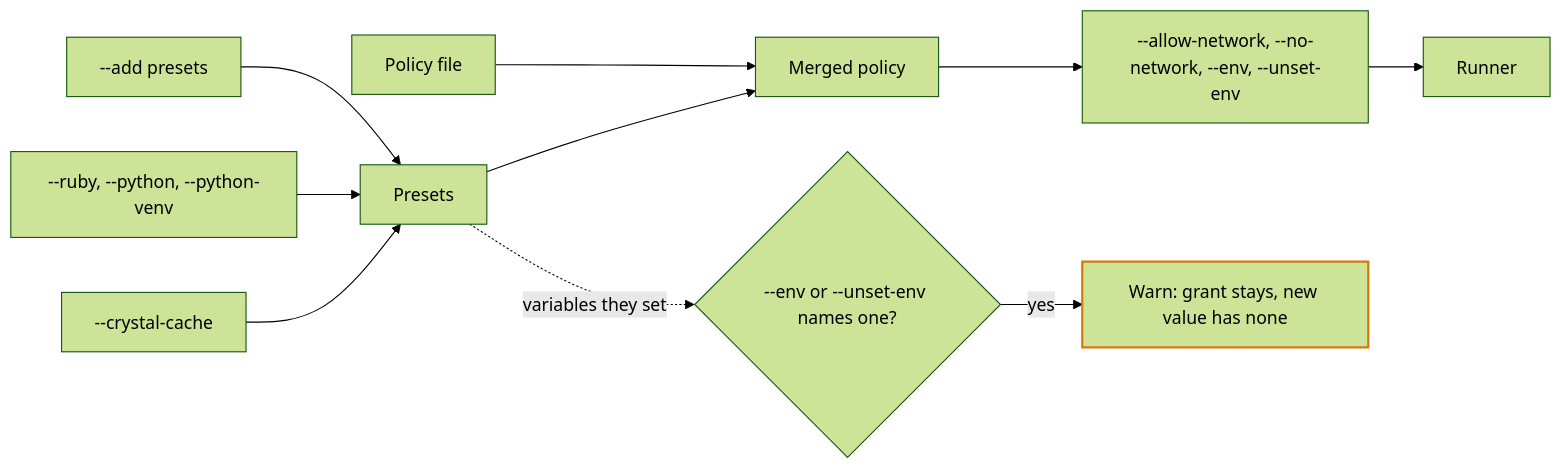
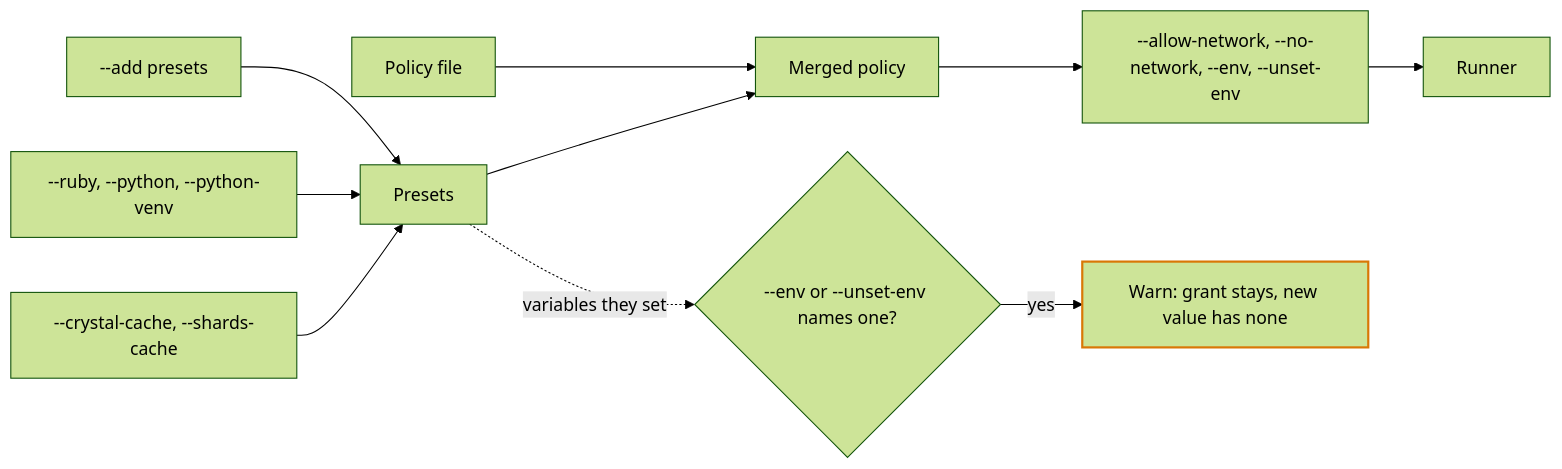
Before and after one commit to ModelArmy/cordon.cr: the sixth of 6 diagrams in DEVELOPMENT.md, drawn with Mermaid (forest theme). The commit also changed other lines of this file and 7 other files, not shown here.

First line of the commit message:
Shards cache (#51)

````diff
--- a/DEVELOPMENT.md
+++ b/DEVELOPMENT.md
@@ -579,13 +582,13 @@
 ```mermaid
 flowchart LR
   file[Policy file] --> merged[Merged policy]
   named["--add presets"] --> presets[Presets]
   toolchain["--ruby, --python, --python-venv"] --> presets
-  crystal["--crystal-cache"] --> presets
+  crystal["--crystal-cache, --shards-cache"] --> presets
   presets --> merged
   presets -. variables they set .-> check{"--env or --unset-env names one?"}
   check -- yes --> warn[Warn: grant stays, new value has none]
   merged --> overrides["--allow-network, --no-network, --env, --unset-env"]
   overrides --> runner[Runner]
   style warn stroke:#d97706,stroke-width:2px
 ```
````
